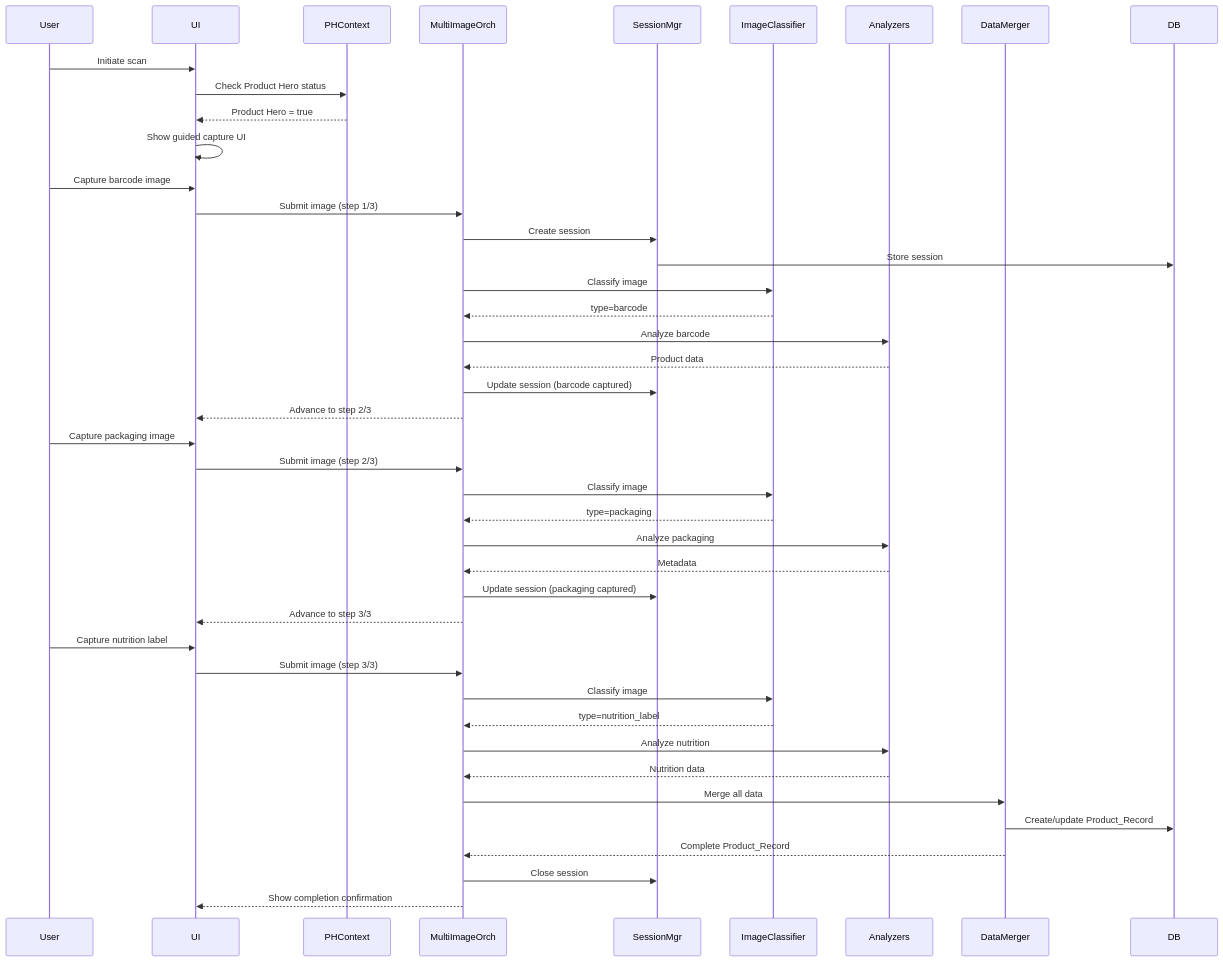
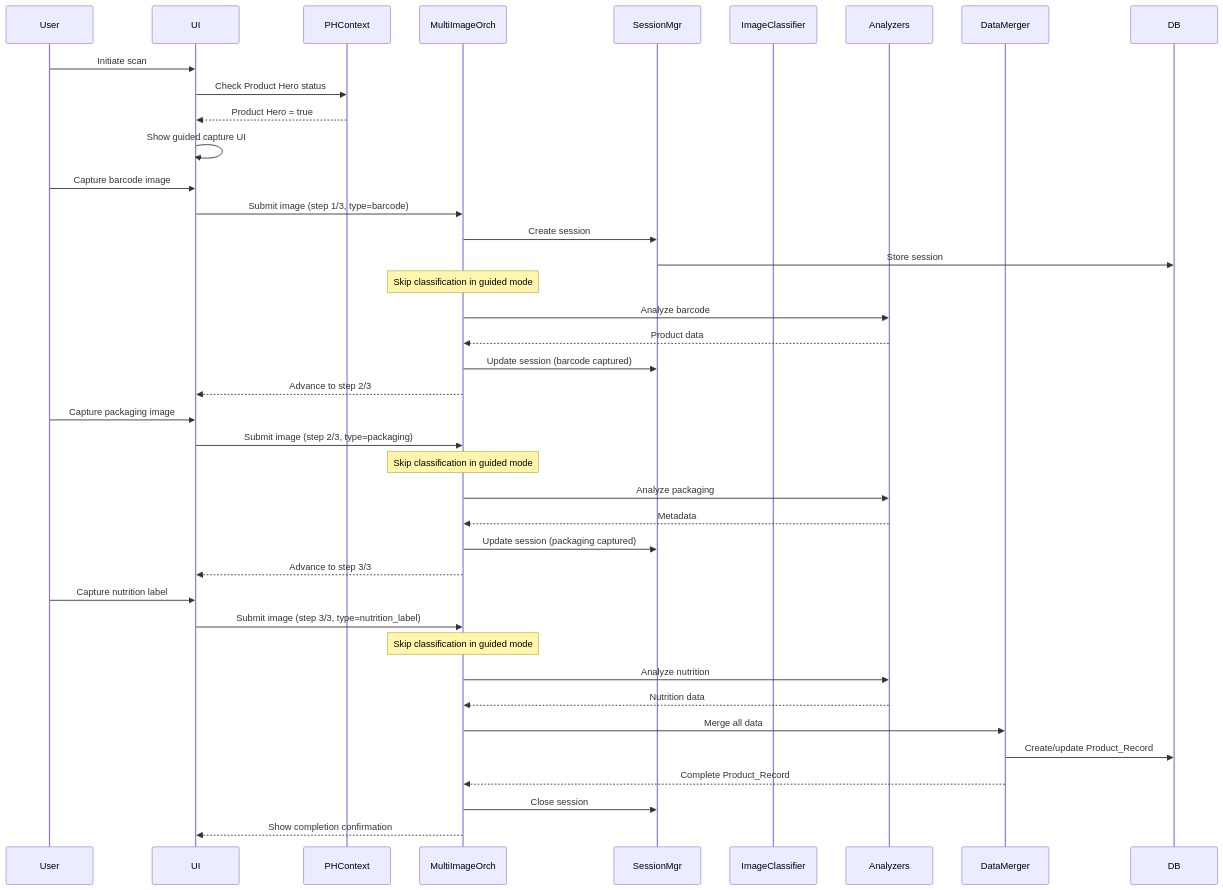
One commit to Normal-Labs/ai-grocery-scanner-web-test changed the second of 3 diagrams in .kiro/specs/multi-image-product-capture/design.md. Above: the diagram before and after it, drawn with Mermaid. The commit also changed other lines of this file and 5 other files, not shown here.

````diff
--- a/.kiro/specs/multi-image-product-capture/design.md
+++ b/.kiro/specs/multi-image-product-capture/design.md
@@ -125,49 +126,46 @@
 ```mermaid
 sequenceDiagram
     participant User
     participant UI
     participant PHContext
     participant MultiImageOrch
     participant SessionMgr
     participant ImageClassifier
     participant Analyzers
     participant DataMerger
     participant DB
     
     User->>UI: Initiate scan
     UI->>PHContext: Check Product Hero status
     PHContext-->>UI: Product Hero = true
     UI->>UI: Show guided capture UI
     
     User->>UI: Capture barcode image
-    UI->>MultiImageOrch: Submit image (step 1/3)
+    UI->>MultiImageOrch: Submit image (step 1/3, type=barcode)
     MultiImageOrch->>SessionMgr: Create session
     SessionMgr->>DB: Store session
-    MultiImageOrch->>ImageClassifier: Classify image
-    ImageClassifier-->>MultiImageOrch: type=barcode
+    Note over MultiImageOrch: Skip classification in guided mode
     MultiImageOrch->>Analyzers: Analyze barcode
     Analyzers-->>MultiImageOrch: Product data
     MultiImageOrch->>SessionMgr: Update session (barcode captured)
     MultiImageOrch-->>UI: Advance to step 2/3
     
     User->>UI: Capture packaging image
-    UI->>MultiImageOrch: Submit image (step 2/3)
-    MultiImageOrch->>ImageClassifier: Classify image
-    ImageClassifier-->>MultiImageOrch: type=packaging
+    UI->>MultiImageOrch: Submit image (step 2/3, type=packaging)
+    Note over MultiImageOrch: Skip classification in guided mode
     MultiImageOrch->>Analyzers: Analyze packaging
     Analyzers-->>MultiImageOrch: Metadata
     MultiImageOrch->>SessionMgr: Update session (packaging captured)
     MultiImageOrch-->>UI: Advance to step 3/3
     
     User->>UI: Capture nutrition label
-    UI->>MultiImageOrch: Submit image (step 3/3)
-    MultiImageOrch->>ImageClassifier: Classify image
-    ImageClassifier-->>MultiImageOrch: type=nutrition_label
+    UI->>MultiImageOrch: Submit image (step 3/3, type=nutrition_label)
+    Note over MultiImageOrch: Skip classification in guided mode
     MultiImageOrch->>Analyzers: Analyze nutrition
     Analyzers-->>MultiImageOrch: Nutrition data
     MultiImageOrch->>DataMerger: Merge all data
     DataMerger->>DB: Create/update Product_Record
     DataMerger-->>MultiImageOrch: Complete Product_Record
     MultiImageOrch->>SessionMgr: Close session
     MultiImageOrch-->>UI: Show completion confirmation
 ```
````
